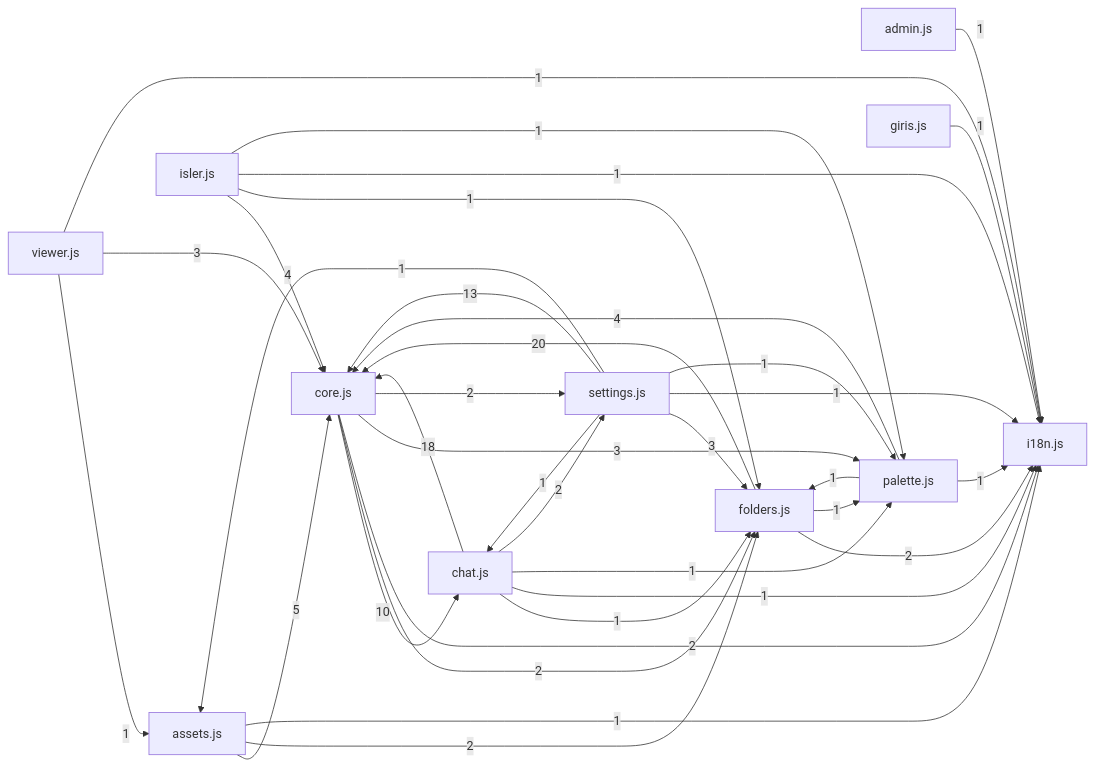
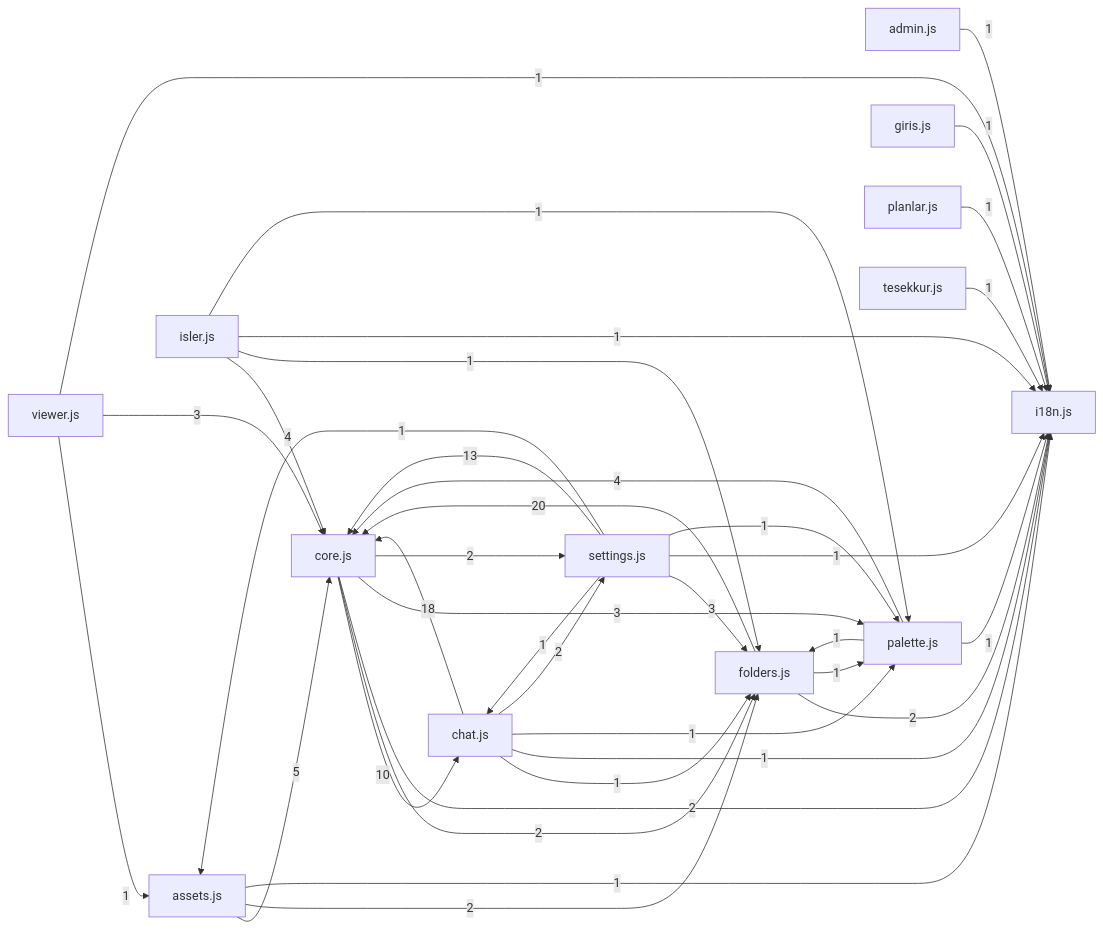
One commit to Zenginby/kromis changed the diagram in docs/graflar/onyuz.md. Above: the diagram before and after it, drawn with Mermaid. The commit also changed other lines of this file and 45 other files, not shown here.

````diff
--- a/docs/graflar/onyuz.md
+++ b/docs/graflar/onyuz.md
@@ -32,37 +34,39 @@
 ```mermaid
 flowchart LR
   n_admin_js["admin.js"] -->|1| n_i18n_js["i18n.js"]
   n_assets_js["assets.js"] -->|5| n_core_js["core.js"]
   n_assets_js["assets.js"] -->|2| n_folders_js["folders.js"]
   n_assets_js["assets.js"] -->|1| n_i18n_js["i18n.js"]
   n_chat_js["chat.js"] -->|18| n_core_js["core.js"]
   n_chat_js["chat.js"] -->|1| n_folders_js["folders.js"]
   n_chat_js["chat.js"] -->|1| n_i18n_js["i18n.js"]
   n_chat_js["chat.js"] -->|1| n_palette_js["palette.js"]
   n_chat_js["chat.js"] -->|2| n_settings_js["settings.js"]
   n_core_js["core.js"] -->|10| n_chat_js["chat.js"]
   n_core_js["core.js"] -->|2| n_folders_js["folders.js"]
   n_core_js["core.js"] -->|2| n_i18n_js["i18n.js"]
   n_core_js["core.js"] -->|3| n_palette_js["palette.js"]
   n_core_js["core.js"] -->|2| n_settings_js["settings.js"]
   n_folders_js["folders.js"] -->|20| n_core_js["core.js"]
   n_folders_js["folders.js"] -->|2| n_i18n_js["i18n.js"]
   n_folders_js["folders.js"] -->|1| n_palette_js["palette.js"]
   n_giris_js["giris.js"] -->|1| n_i18n_js["i18n.js"]
   n_isler_js["isler.js"] -->|4| n_core_js["core.js"]
   n_isler_js["isler.js"] -->|1| n_folders_js["folders.js"]
   n_isler_js["isler.js"] -->|1| n_i18n_js["i18n.js"]
   n_isler_js["isler.js"] -->|1| n_palette_js["palette.js"]
   n_palette_js["palette.js"] -->|4| n_core_js["core.js"]
   n_palette_js["palette.js"] -->|1| n_folders_js["folders.js"]
   n_palette_js["palette.js"] -->|1| n_i18n_js["i18n.js"]
+  n_planlar_js["planlar.js"] -->|1| n_i18n_js["i18n.js"]
   n_settings_js["settings.js"] -->|1| n_assets_js["assets.js"]
   n_settings_js["settings.js"] -->|1| n_chat_js["chat.js"]
   n_settings_js["settings.js"] -->|13| n_core_js["core.js"]
   n_settings_js["settings.js"] -->|3| n_folders_js["folders.js"]
   n_settings_js["settings.js"] -->|1| n_i18n_js["i18n.js"]
   n_settings_js["settings.js"] -->|1| n_palette_js["palette.js"]
+  n_tesekkur_js["tesekkur.js"] -->|1| n_i18n_js["i18n.js"]
   n_viewer_js["viewer.js"] -->|1| n_assets_js["assets.js"]
   n_viewer_js["viewer.js"] -->|3| n_core_js["core.js"]
   n_viewer_js["viewer.js"] -->|1| n_i18n_js["i18n.js"]
 ```
````
